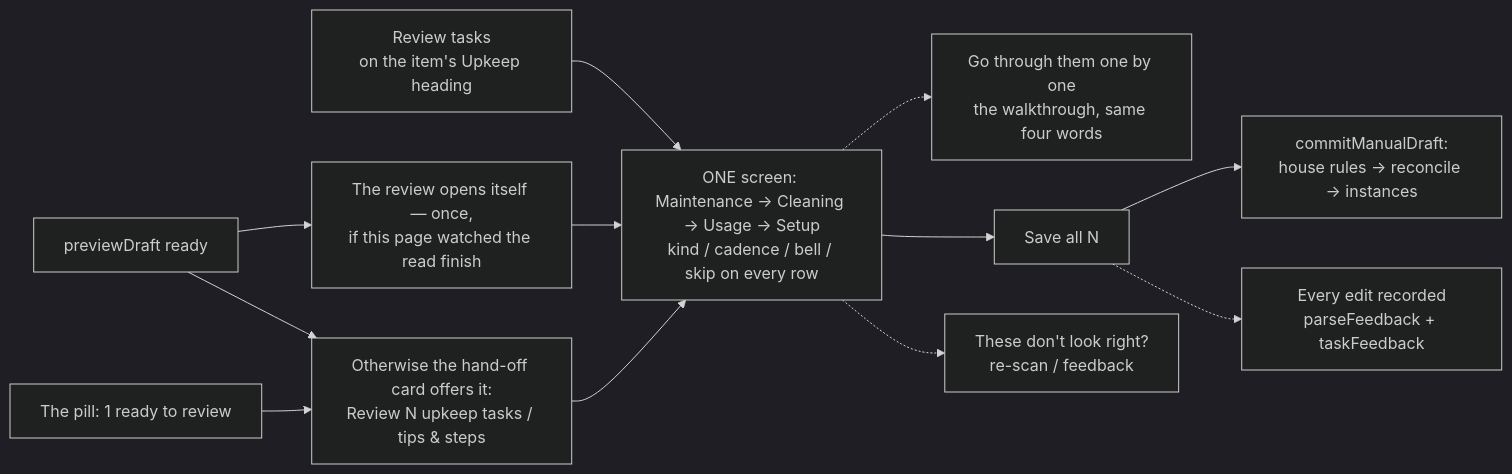
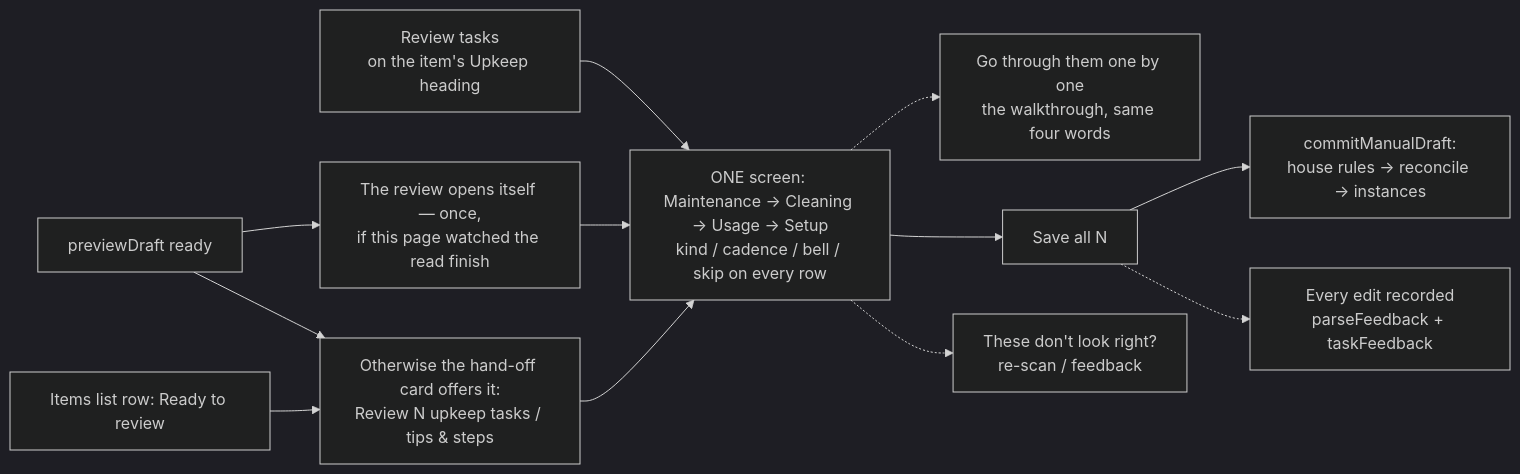
Before and after one commit to barbhc/homehub-v2: the third of 5 diagrams in docs/user-journeys.md, drawn with Mermaid (dark theme). The commit also changed other lines of this file and 27 other files, not shown here.

First line of the commit message:
Before sharing: What is it?, no scan pill, first-list polish, landing + zip copy (#296)

````diff
--- a/docs/user-journeys.md
+++ b/docs/user-journeys.md
@@ -177,14 +177,14 @@
 ```mermaid
 flowchart LR
     A[previewDraft ready] --> B[The review opens itself — once,\nif this page watched the read finish]
     A --> B2[Otherwise the hand-off card offers it:\nReview N upkeep tasks / tips & steps]
-    P[The pill: 1 ready to review] --> B2
+    P[Items list row: Ready to review] --> B2
     R[Review tasks\non the item's Upkeep heading] --> C
     B --> C[ONE screen: Maintenance → Cleaning → Usage → Setup\nkind / cadence / bell / skip on every row]
     B2 --> C
     C -.-> W[Go through them one by one\nthe walkthrough, same four words]
     C --> E[Save all N]
     E --> F[commitManualDraft:\nhouse rules → reconcile → instances]
     C -.-> G["These don't look right?"\nre-scan / feedback]
     E -.-> H[Every edit recorded\nparseFeedback + taskFeedback]
 ```
````
